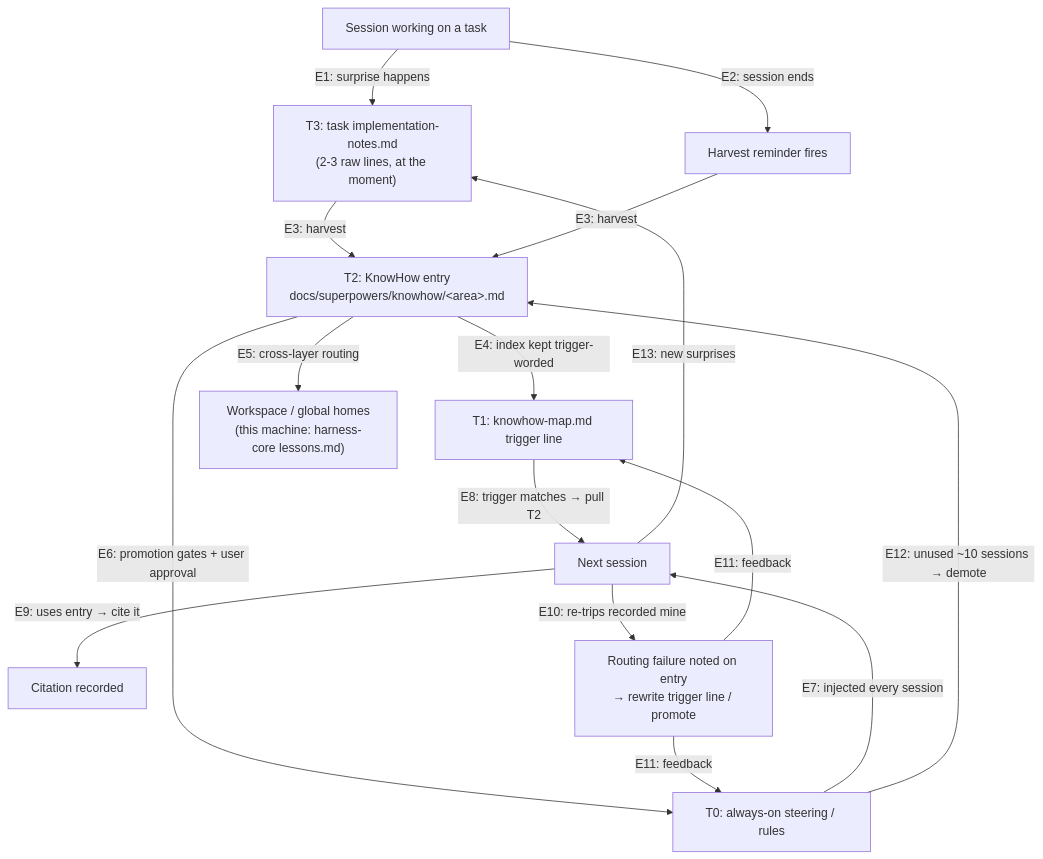
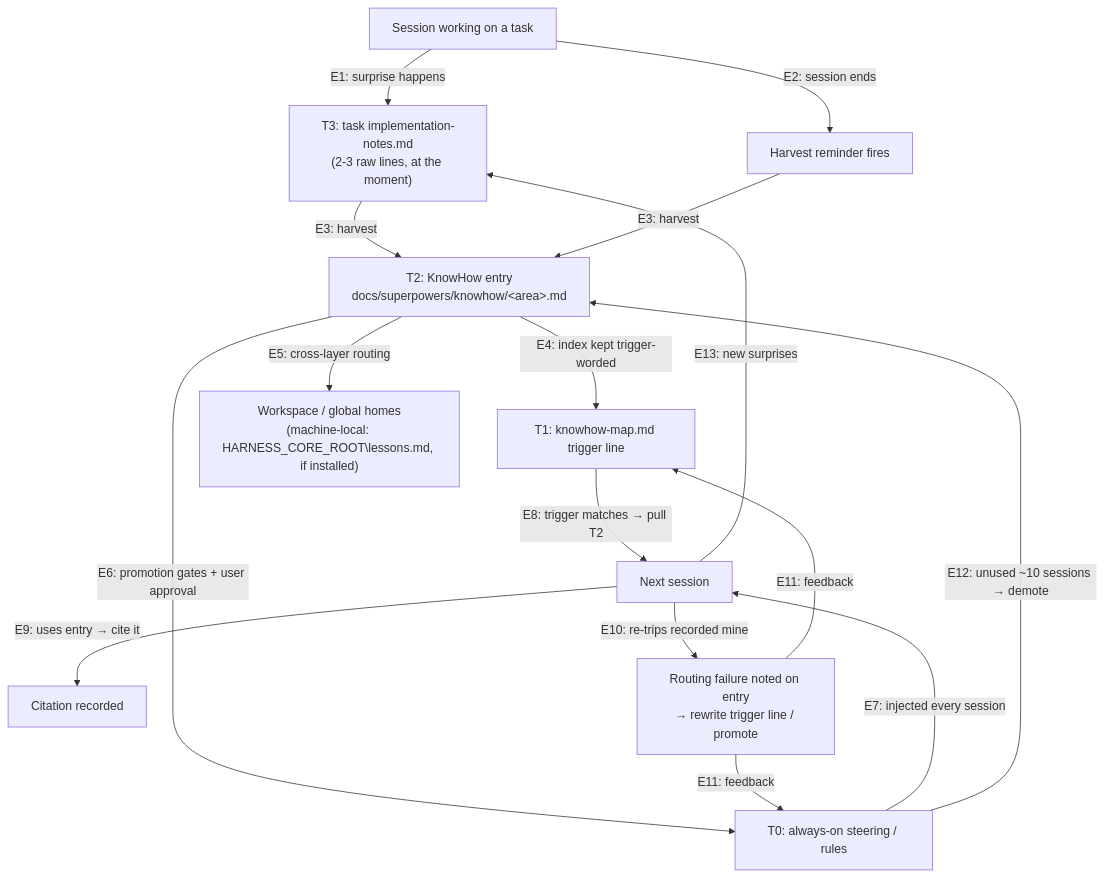
Before and after one commit to karl820210/harnesssuperpowers: the diagram in docs/loopness-map.md, drawn with Mermaid. The commit also changed other lines of this file and 3 other files, not shown here.

First line of the commit message:
De-identify machine-specific pointers: placeholder + generated local carrier

````diff
--- a/docs/loopness-map.md
+++ b/docs/loopness-map.md
@@ -7,18 +7,18 @@
 ```mermaid
 flowchart TD
     A[Session working on a task] -->|E1: surprise happens| B["T3: task implementation-notes.md<br/>(2-3 raw lines, at the moment)"]
     A -->|E2: session ends| C[Harvest reminder fires]
     B -->|E3: harvest| D["T2: KnowHow entry<br/>docs/superpowers/knowhow/&lt;area&gt;.md"]
     C -->|E3: harvest| D
     D -->|E4: index kept trigger-worded| E["T1: knowhow-map.md trigger line"]
-    D -->|E5: cross-layer routing| F["Workspace / global homes<br/>(this machine: harness-core lessons.md)"]
+    D -->|E5: cross-layer routing| F["Workspace / global homes<br/>(machine-local: HARNESS_CORE_ROOT\lessons.md, if installed)"]
     D -->|E6: promotion gates + user approval| G["T0: always-on steering / rules"]
     G -->|E7: injected every session| A2[Next session]
     E -->|E8: trigger matches → pull T2| A2
     A2 -->|E9: uses entry → cite it| H[Citation recorded]
     A2 -->|E10: re-trips recorded mine| I["Routing failure noted on entry<br/>→ rewrite trigger line / promote"]
     I -->|E11: feedback| E
     I -->|E11: feedback| G
     G -->|E12: unused ~10 sessions → demote| D
     A2 -->|E13: new surprises| B
 ```
````
